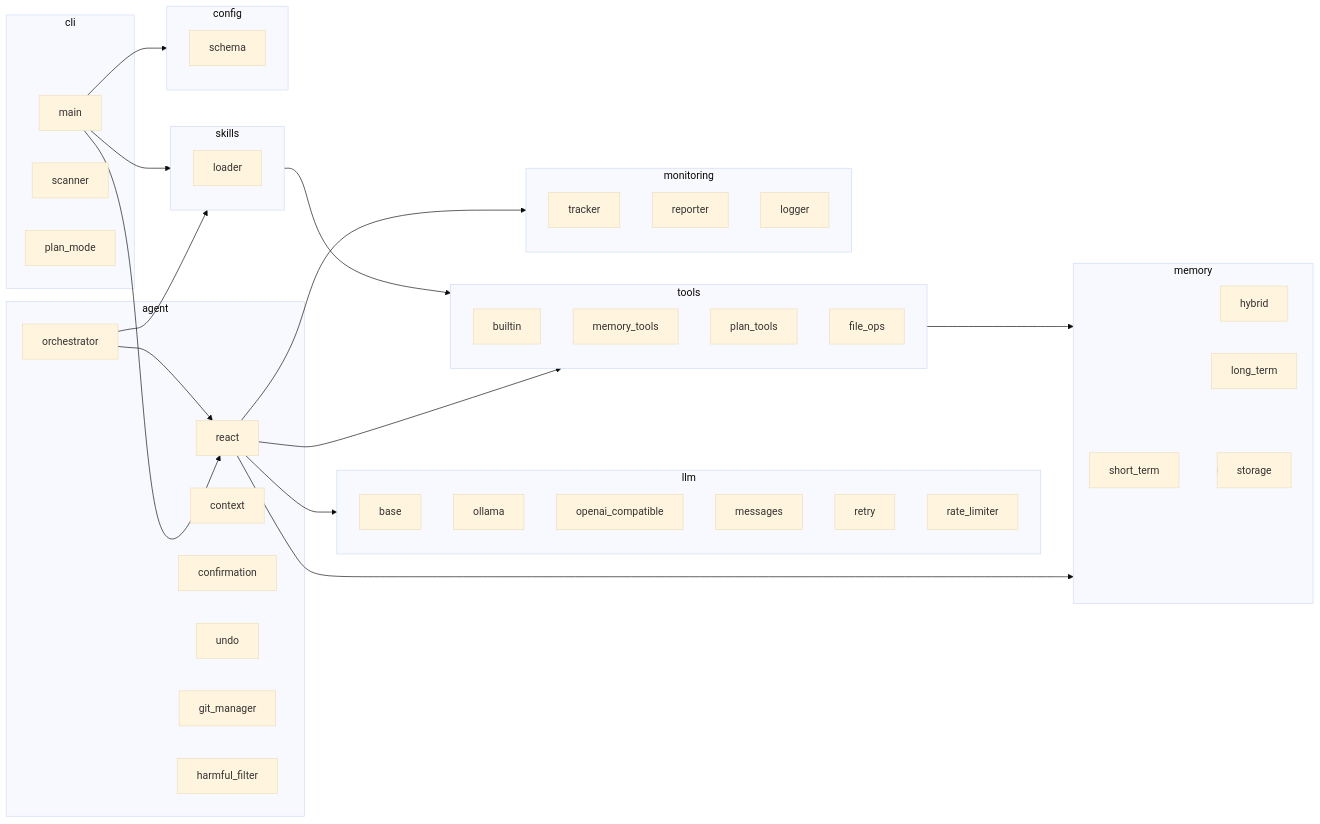
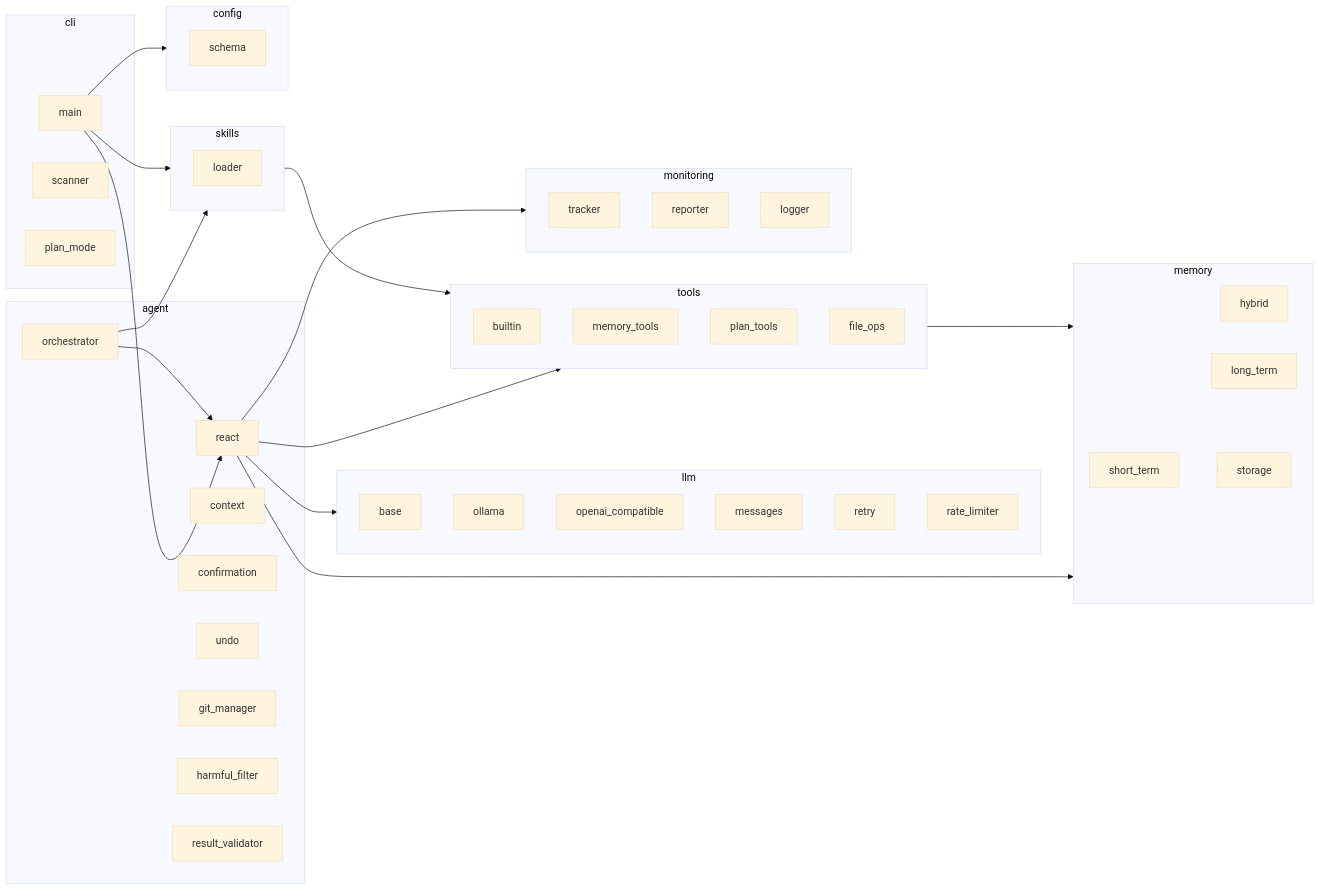
Before and after one commit to Tobytywang/NanoAgent: the fourth of 4 diagrams in docs/architecture.md, drawn with Mermaid (base theme). The commit also changed other lines of this file and 16 other files, not shown here.

````diff
--- a/docs/architecture.md
+++ b/docs/architecture.md
@@ -299,76 +303,77 @@
 ```mermaid
 graph LR
     subgraph cli[cli]
         main
         scanner
         plan_mode
     end
 
     subgraph agent[agent]
         react
         orchestrator
         context
         confirmation
         undo
         git_manager
         harmful_filter
+        result_validator
     end
 
     subgraph llm[llm]
         base
         ollama
         openai_compatible
         messages
         retry
         rate_limiter
     end
 
     subgraph memory[memory]
         short_term
         hybrid
         long_term
         storage
     end
 
     subgraph tools[tools]
         base
         builtin
         memory_tools
         plan_tools
         file_ops
     end
 
     subgraph skills[skills]
         base
         loader
     end
 
     subgraph config[config]
         schema
         loader
     end
 
     subgraph monitoring[monitoring]
         tracker
         reporter
         logger
     end
 
     main --> react
     main --> config
     main --> skills
 
     react --> llm
     react --> memory
     react --> tools
     react --> monitoring
 
     orchestrator --> react
     orchestrator --> skills
 
     memory --> storage
 
     tools --> memory
 
     skills --> tools
 ```
````
